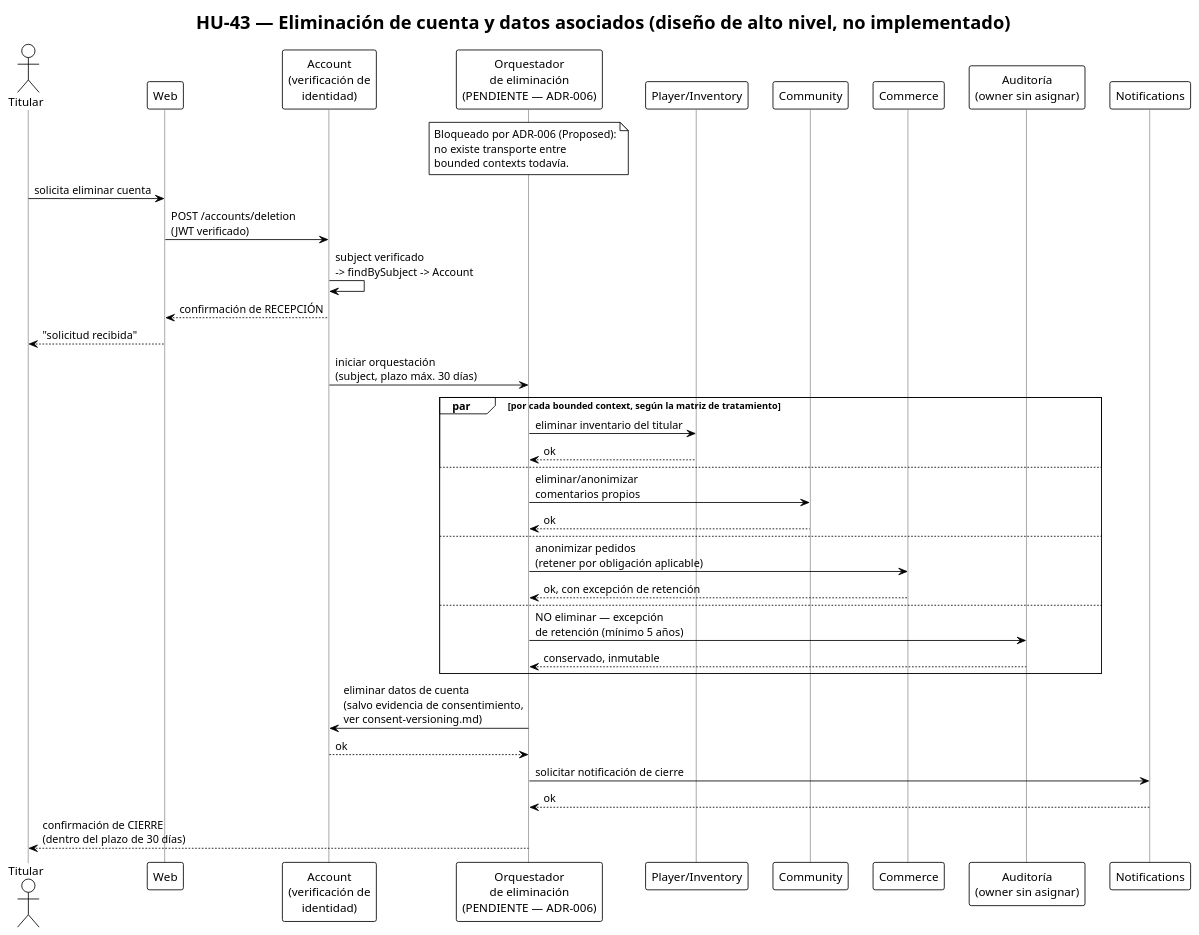
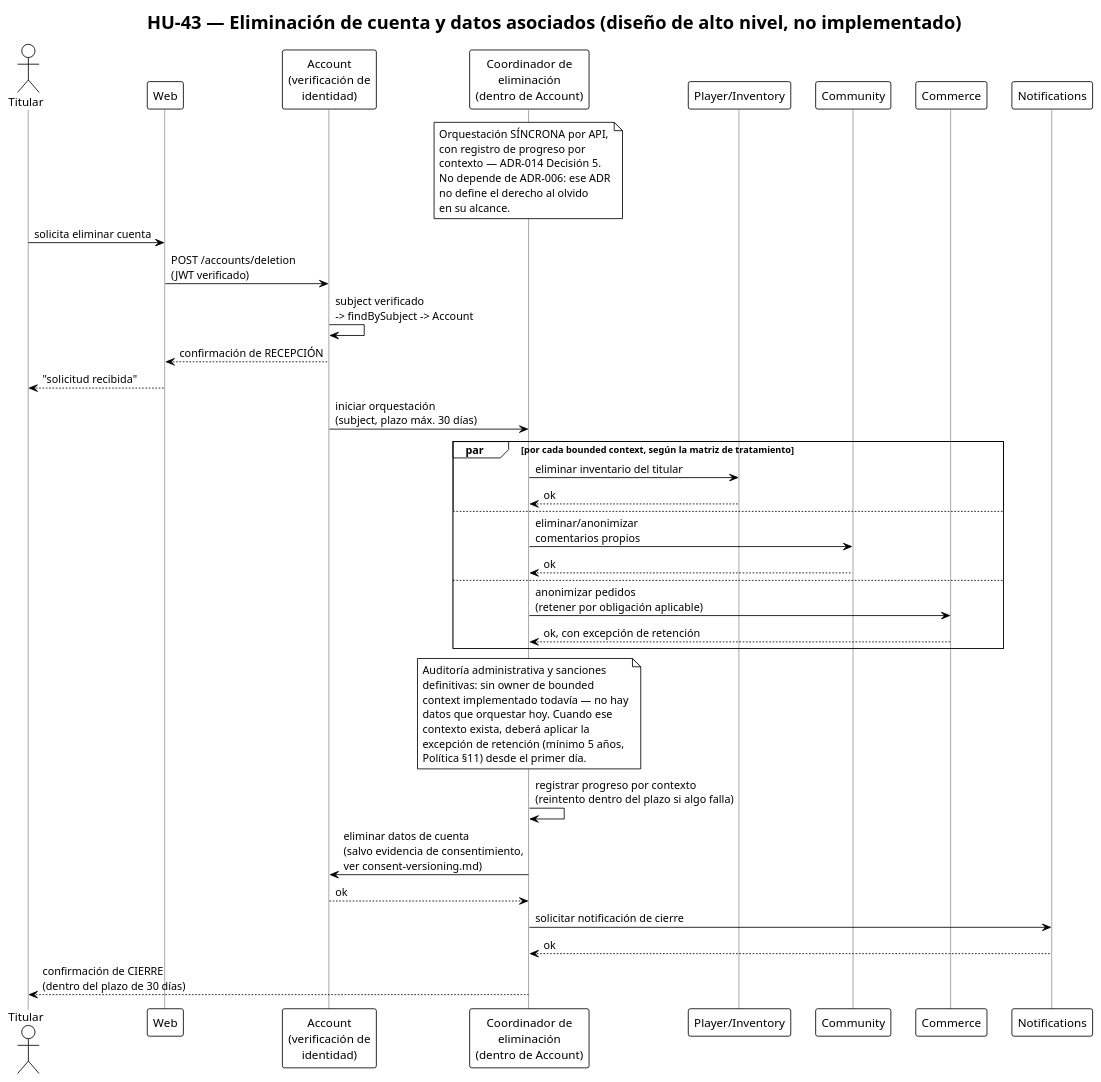
Before and after one commit to Nexus-Battle-VI/Nexus-Battle-Infrastructure: the diagram in docs/diagrams/hu-43-sequence-deletion.puml, drawn with PlantUML. The commit also changed 4 other files, not shown here.

First line of the commit message:
docs(infrastructure): [EN-011] corregir el alcance real de ADR-006 sobre HU-43/HU-45

```diff
--- a/docs/diagrams/hu-43-sequence-deletion.puml
+++ b/docs/diagrams/hu-43-sequence-deletion.puml
@@ -1,56 +1,67 @@
 @startuml hu-43-sequence-deletion
 !theme plain
 title HU-43 — Eliminación de cuenta y datos asociados (diseño de alto nivel, no implementado)
 
 skinparam defaultFontName sans-serif
 skinparam sequence {
   LifeLineBorderColor #999999
 }
 
 actor "Titular" as user
 participant "Web" as web
 participant "Account\n(verificación de\nidentidad)" as account
-participant "Orquestador\nde eliminación\n(PENDIENTE — ADR-006)" as orchestrator
+participant "Coordinador de\neliminación\n(dentro de Account)" as orchestrator
 participant "Player/Inventory" as inventory
 participant "Community" as community
 participant "Commerce" as commerce
-participant "Auditoría\n(owner sin asignar)" as audit
 participant "Notifications" as notify
 
 note over orchestrator
-  Bloqueado por ADR-006 (Proposed):
-  no existe transporte entre
-  bounded contexts todavía.
+  Orquestación SÍNCRONA por API,
+  con registro de progreso por
+  contexto — ADR-014 Decisión 5.
+  No depende de ADR-006: ese ADR
+  no define el derecho al olvido
+  en su alcance.
 end note
 
 user -> web : solicita eliminar cuenta
 web -> account : POST /accounts/deletion\n(JWT verificado)
 account -> account : subject verificado\n-> findBySubject -> Account
 account --> web : confirmación de RECEPCIÓN
 web --> user : "solicitud recibida"
 
 account -> orchestrator : iniciar orquestación\n(subject, plazo máx. 30 días)
 
 par por cada bounded context, según la matriz de tratamiento
   orchestrator -> inventory : eliminar inventario del titular
   inventory --> orchestrator : ok
 else
   orchestrator -> community : eliminar/anonimizar\ncomentarios propios
   community --> orchestrator : ok
 else
   orchestrator -> commerce : anonimizar pedidos\n(retener por obligación aplicable)
   commerce --> orchestrator : ok, con excepción de retención
-else
-  orchestrator -> audit : NO eliminar — excepción\nde retención (mínimo 5 años)
-  audit --> orchestrator : conservado, inmutable
 end
+
+note over orchestrator
+  Auditoría administrativa y sanciones
+  definitivas: sin owner de bounded
+  context implementado todavía — no hay
+  datos que orquestar hoy. Cuando ese
+  contexto exista, deberá aplicar la
+  excepción de retención (mínimo 5 años,
+  Política §11) desde el primer día.
+end note
+
+orchestrator -> orchestrator : registrar progreso por contexto\n(reintento dentro del plazo si algo falla)
 
 orchestrator -> account : eliminar datos de cuenta\n(salvo evidencia de consentimiento,\nver consent-versioning.md)
 account --> orchestrator : ok
 
 orchestrator -> notify : solicitar notificación de cierre
 notify --> orchestrator : ok
 
 orchestrator --> user : confirmación de CIERRE\n(dentro del plazo de 30 días)
 
 @enduml
```
